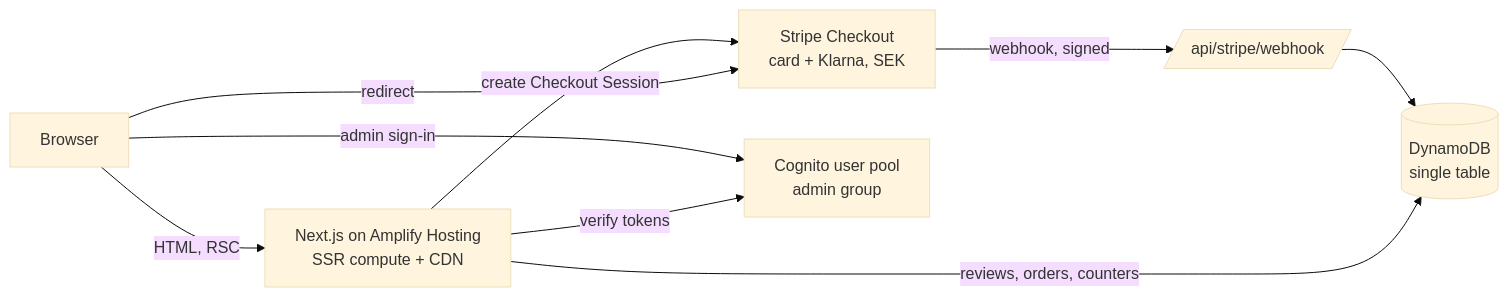
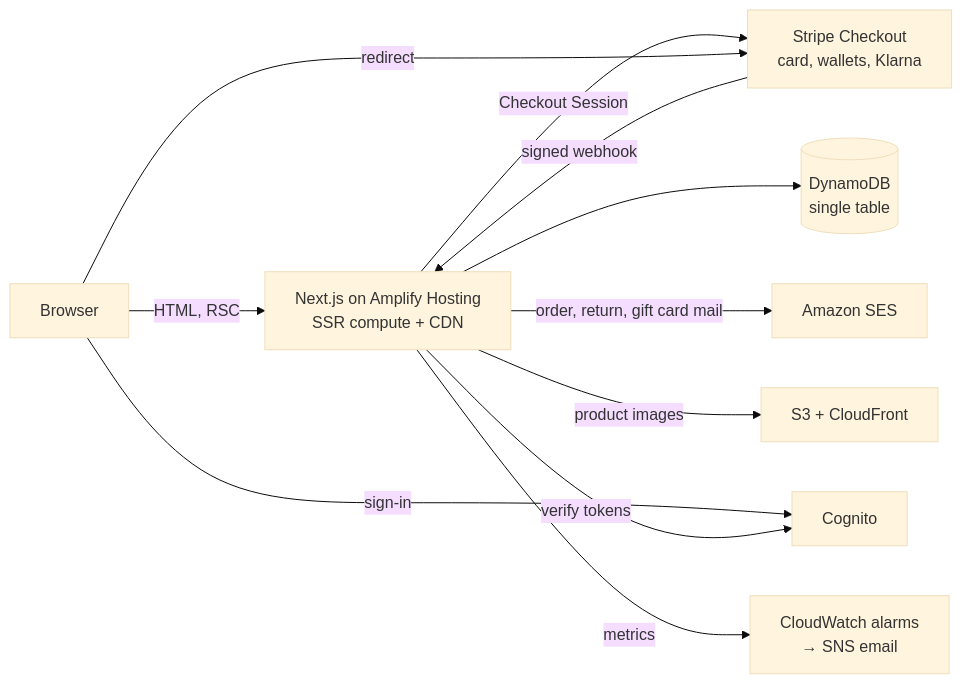
One commit to Keffii/storefront changed the diagram in README.md. Above: the diagram before and after it, drawn with Mermaid (base theme). The commit also changed other lines of this file and 6 other files, not shown here.

````diff
--- a/README.md
+++ b/README.md
@@ -64,11 +52,13 @@
 ```mermaid
 flowchart LR
   B[Browser] -->|HTML, RSC| N[Next.js on Amplify Hosting<br/>SSR compute + CDN]
-  N -->|create Checkout Session| S[Stripe Checkout<br/>card + Klarna, SEK]
+  N -->|Checkout Session| S[Stripe Checkout<br/>card, wallets, Klarna]
   B -->|redirect| S
-  S -->|webhook, signed| W[/api/stripe/webhook/]
-  W --> D[(DynamoDB<br/>single table)]
-  N -->|reviews, orders, counters| D
-  B -->|admin sign-in| C[Cognito user pool<br/>admin group]
+  S -->|signed webhook| N
+  N --> D[(DynamoDB<br/>single table)]
+  N -->|order, return, gift card mail| E[Amazon SES]
+  N -->|product images| I[S3 + CloudFront]
+  B -->|sign-in| C[Cognito]
   N -->|verify tokens| C
+  N -->|metrics| W[CloudWatch alarms<br/>→ SNS email]
 ```
````
